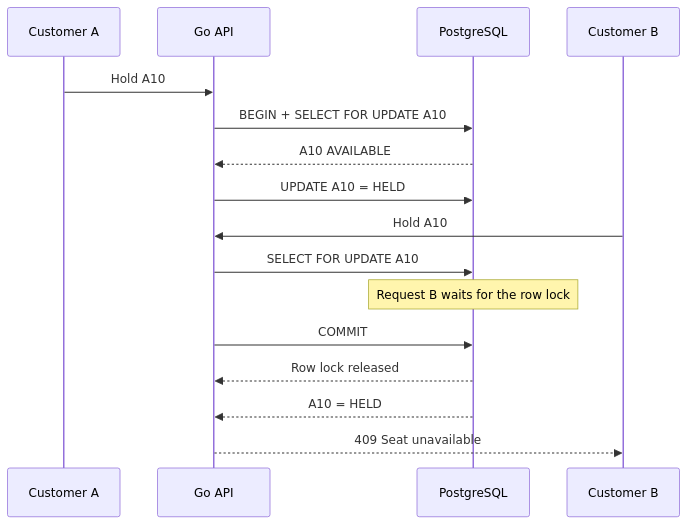
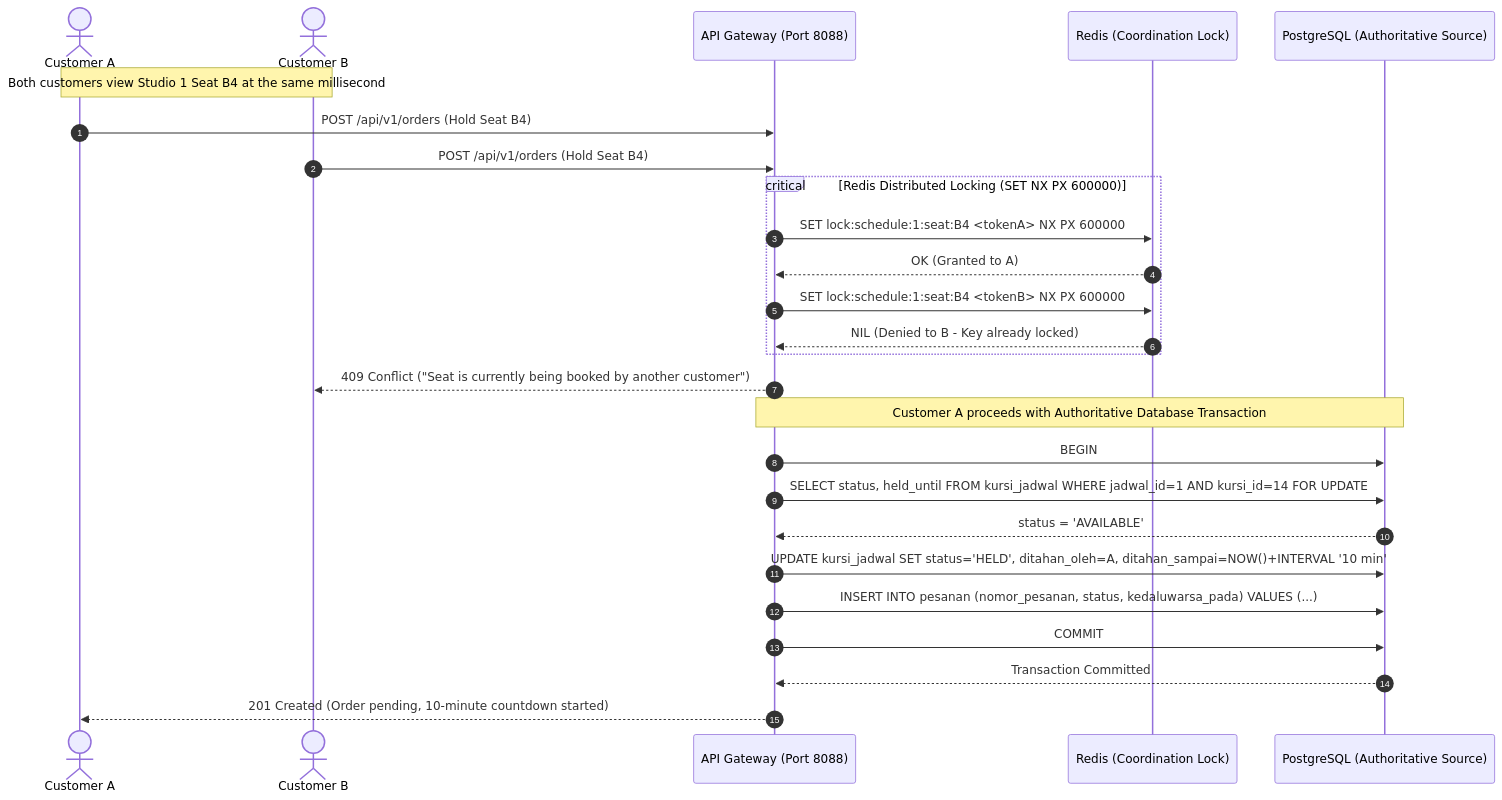
Before and after one commit to yesterdaygrace/CinemaSystem: the second of 2 diagrams in docs/diagrams/booking-flow.md, drawn with Mermaid. The commit also changed other lines of this file and 84 other files, not shown here.

Commit message:
docs & feat: consolidate MKP assessment deliverables, update root README and schema

````diff
--- a/docs/diagrams/booking-flow.md
+++ b/docs/diagrams/booking-flow.md
@@ -25,22 +41,34 @@
 ```mermaid
 sequenceDiagram
-    participant A as Customer A
-    participant API as Go API
-    participant DB as PostgreSQL
-    participant B as Customer B
+    autonumber
+    actor A as Customer A
+    actor B as Customer B
+    participant GW as API Gateway (Port 8088)
+    participant Redis as Redis (Coordination Lock)
+    participant DB as PostgreSQL (Authoritative Source)
 
-    A->>API: Hold A10
-    API->>DB: BEGIN + SELECT FOR UPDATE A10
-    DB-->>API: A10 AVAILABLE
-    API->>DB: UPDATE A10 = HELD
+    Note over A,B: Both customers view Studio 1 Seat B4 at the same millisecond
 
-    B->>API: Hold A10
-    API->>DB: SELECT FOR UPDATE A10
-    Note over DB: Request B waits for the row lock
+    A->>GW: POST /api/v1/orders (Hold Seat B4)
+    B->>GW: POST /api/v1/orders (Hold Seat B4)
 
-    API->>DB: COMMIT
-    DB-->>API: Row lock released
+    critical Redis Distributed Locking (SET NX PX 600000)
+        GW->>Redis: SET lock:schedule:1:seat:B4 <tokenA> NX PX 600000
+        Redis-->>GW: OK (Granted to A)
+        GW->>Redis: SET lock:schedule:1:seat:B4 <tokenB> NX PX 600000
+        Redis-->>GW: NIL (Denied to B - Key already locked)
+    end
 
-    DB-->>API: A10 = HELD
-    API-->>B: 409 Seat unavailable
+    GW-->>B: 409 Conflict ("Seat is currently being booked by another customer")
+
+    Note over GW,DB: Customer A proceeds with Authoritative Database Transaction
+    GW->>DB: BEGIN
+    GW->>DB: SELECT status, held_until FROM kursi_jadwal WHERE jadwal_id=1 AND kursi_id=14 FOR UPDATE
+    DB-->>GW: status = 'AVAILABLE'
+    GW->>DB: UPDATE kursi_jadwal SET status='HELD', ditahan_oleh=A, ditahan_sampai=NOW()+INTERVAL '10 min'
+    GW->>DB: INSERT INTO pesanan (nomor_pesanan, status, kedaluwarsa_pada) VALUES (...)
+    GW->>DB: COMMIT
+    DB-->>GW: Transaction Committed
+
+    GW-->>A: 201 Created (Order pending, 10-minute countdown started)
 ```
````
